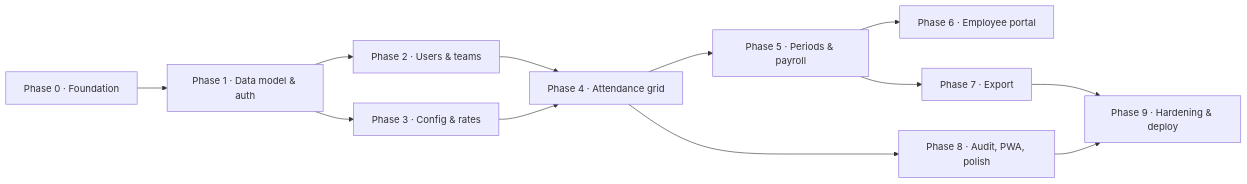
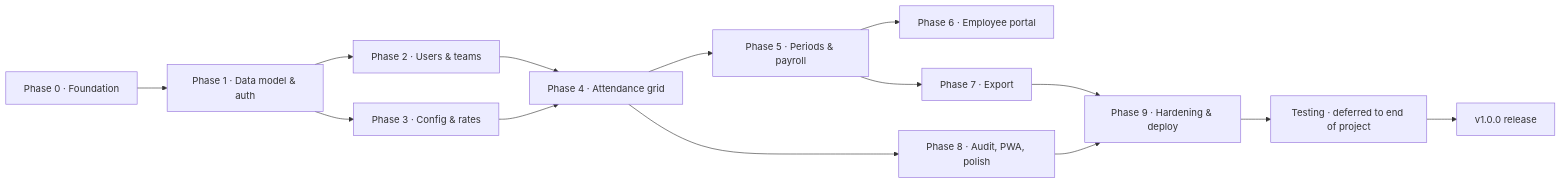
One commit to Mohamed-El-Sharqawy/sharq changed the diagram in docs/ROADMAP.md. Above: the diagram before and after it, drawn with Mermaid. The commit also changed other lines of this file and 3 other files, not shown here.

Commit message:
docs: defer all tests to an end-of-project Testing phase (2026-10-22 client decision, SPEC §20.1)

````diff
--- a/docs/ROADMAP.md
+++ b/docs/ROADMAP.md
@@ -7,14 +7,16 @@
 ```mermaid
 graph LR
     P0[Phase 0 · Foundation] --> P1[Phase 1 · Data model & auth]
     P1 --> P2[Phase 2 · Users & teams]
     P1 --> P3[Phase 3 · Config & rates]
     P2 --> P4[Phase 4 · Attendance grid]
     P3 --> P4
     P4 --> P5[Phase 5 · Periods & payroll]
     P5 --> P6[Phase 6 · Employee portal]
     P5 --> P7[Phase 7 · Export]
     P4 --> P8[Phase 8 · Audit, PWA, polish]
     P8 --> P9[Phase 9 · Hardening & deploy]
     P7 --> P9
+    P9 --> T[Testing · deferred to end of project]
+    T --> V[v1.0.0 release]
 ```
````
